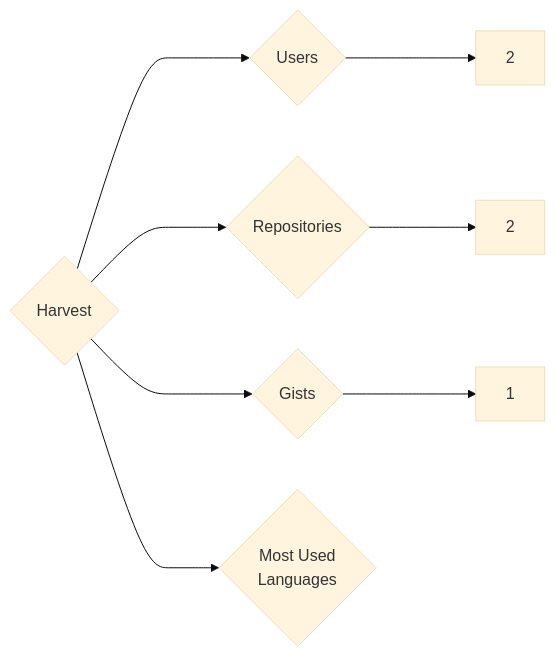
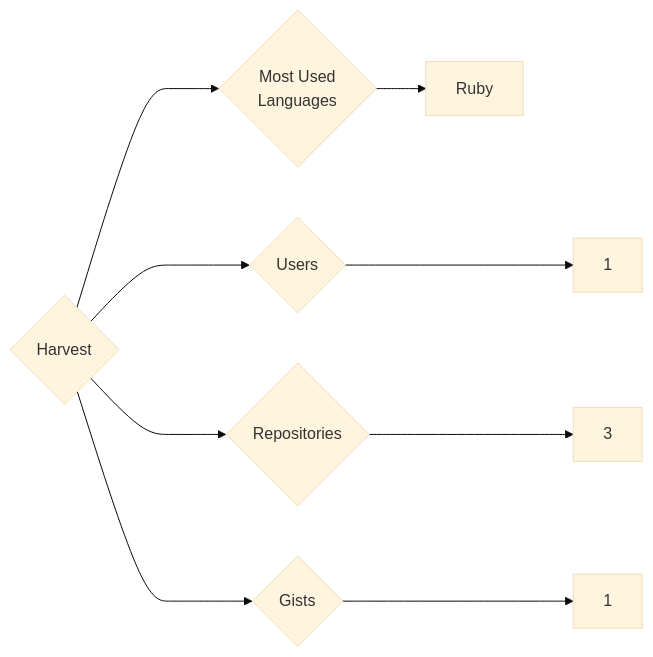
The diagram in targets/Harvest/README.md (trickest/insiders), drawn with Mermaid (base theme) before and after one commit. The commit also changed 745 other files, not shown here.

````diff
--- a/targets/Harvest/README.md
+++ b/targets/Harvest/README.md
@@ -3,8 +3,9 @@
 ```mermaid
 graph LR
 COMPANY_NAME{Harvest}
-COMPANY_NAME ---> U{Users} ---> UN[2]
-COMPANY_NAME ---> R{Repositories} ---> RN[2]
+COMPANY_NAME ---> U{Users} ---> UN[1]
+COMPANY_NAME ---> R{Repositories} ---> RN[3]
 COMPANY_NAME ---> G{Gists} ---> GN[1]
 COMPANY_NAME ---> ML{Most Used<br>Languages}
+ML --> Ruby[Ruby]
 ```
````
